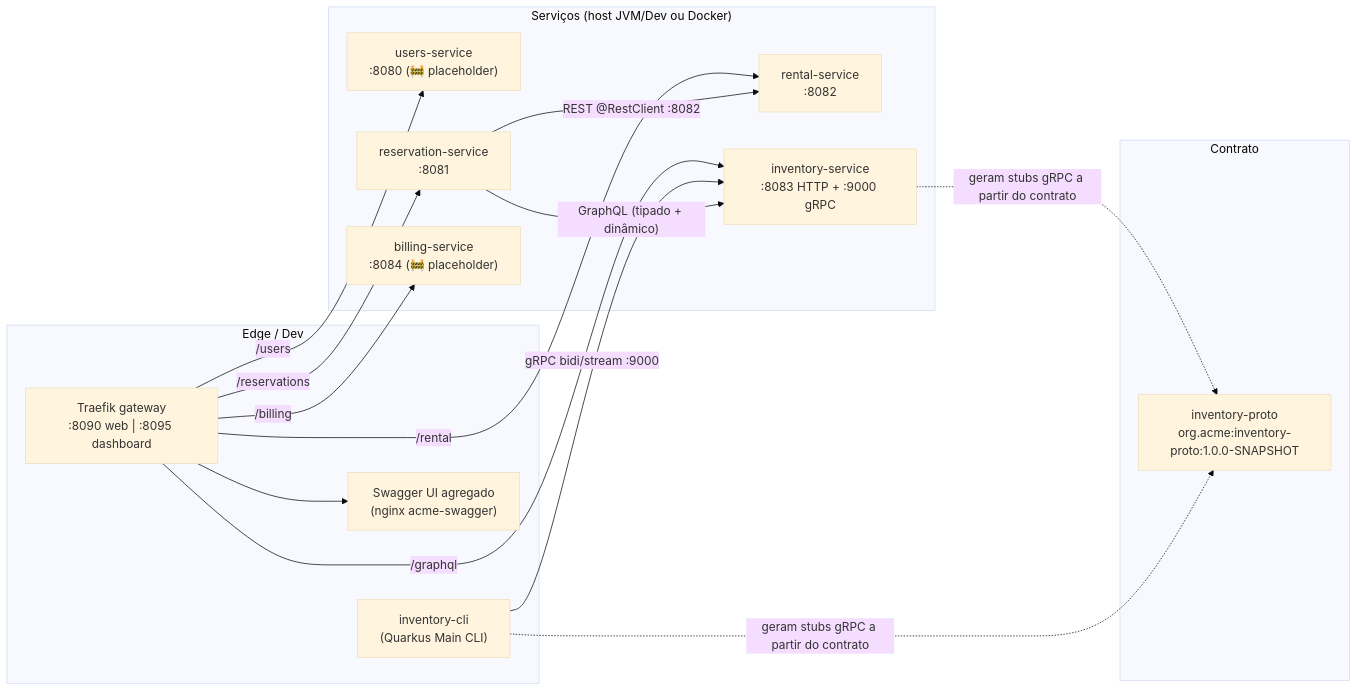
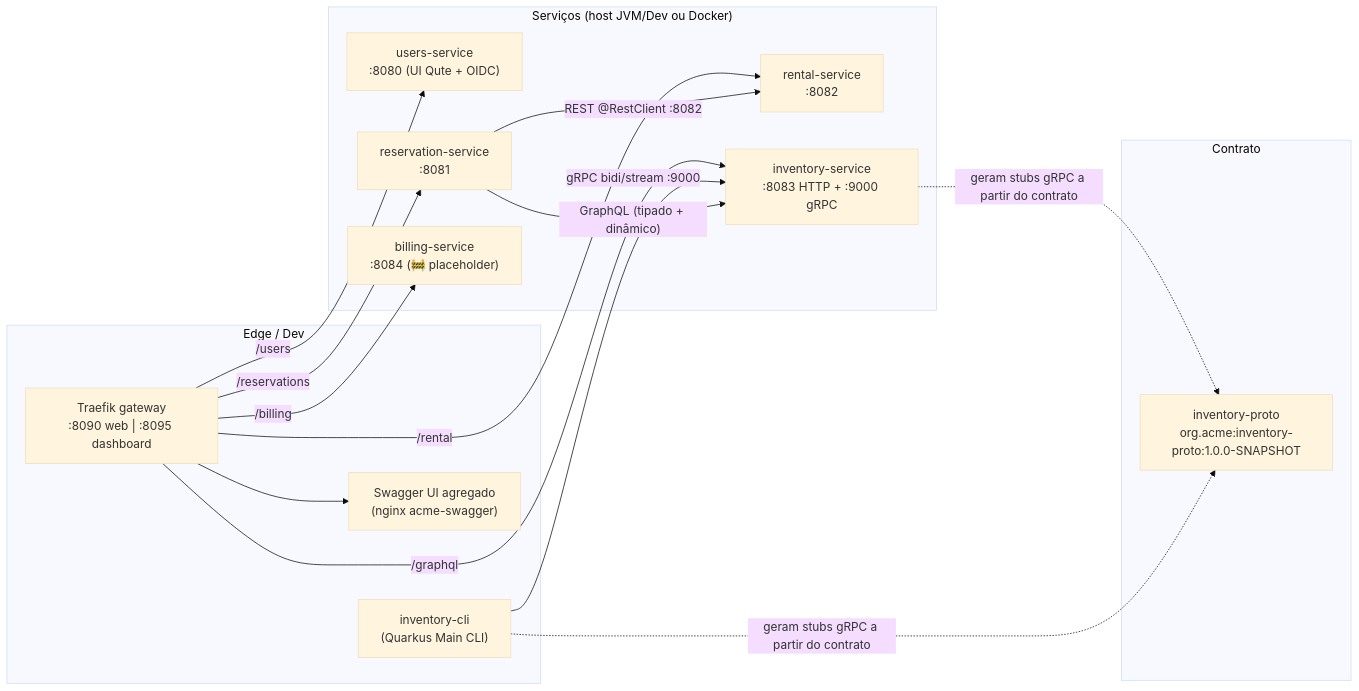
One commit to yureplacido/acme-car-rental changed the first of 2 diagrams in docs/architecture.md. Above: the diagram before and after it, drawn with Mermaid (base theme). The commit also changed other lines of this file and 5 other files, not shown here.

Commit message:
docs: update architecture for ch.6 (OIDC, Qute/HTMX UI, prod Keycloak)

````diff
--- a/docs/architecture.md
+++ b/docs/architecture.md
@@ -14,33 +14,33 @@
 ```mermaid
 flowchart LR
     subgraph Edge["Edge / Dev"]
         CLI["inventory-cli<br/>(Quarkus Main CLI)"]
         T["Traefik gateway<br/>:8090 web | :8095 dashboard"]
         SW["Swagger UI agregado<br/>(nginx acme-swagger)"]
     end
 
     subgraph Services["Serviços (host JVM/Dev ou Docker)"]
-        U["users-service<br/>:8080 (🚧 placeholder)"]
+        U["users-service<br/>:8080 (UI Qute + OIDC)"]
         R["reservation-service<br/>:8081"]
         RT["rental-service<br/>:8082"]
         I["inventory-service<br/>:8083 HTTP + :9000 gRPC"]
         B["billing-service<br/>:8084 (🚧 placeholder)"]
     end
 
     subgraph Contract["Contrato"]
         P["inventory-proto<br/>org.acme:inventory-proto:1.0.0-SNAPSHOT"]
     end
 
     T --> SW
     T -->|"/users"| U
     T -->|"/reservations"| R
     T -->|"/rental"| RT
     T -->|"/billing"| B
     T -->|"/graphql"| I
 
     CLI -->|"gRPC bidi/stream :9000"| I
     R -->|"GraphQL (tipado + dinâmico)"| I
     R -->|"REST @RestClient :8082"| RT
     I -. "geram stubs gRPC a partir do contrato" .-> P
     CLI -. "geram stubs gRPC a partir do contrato" .-> P
 ```
````
